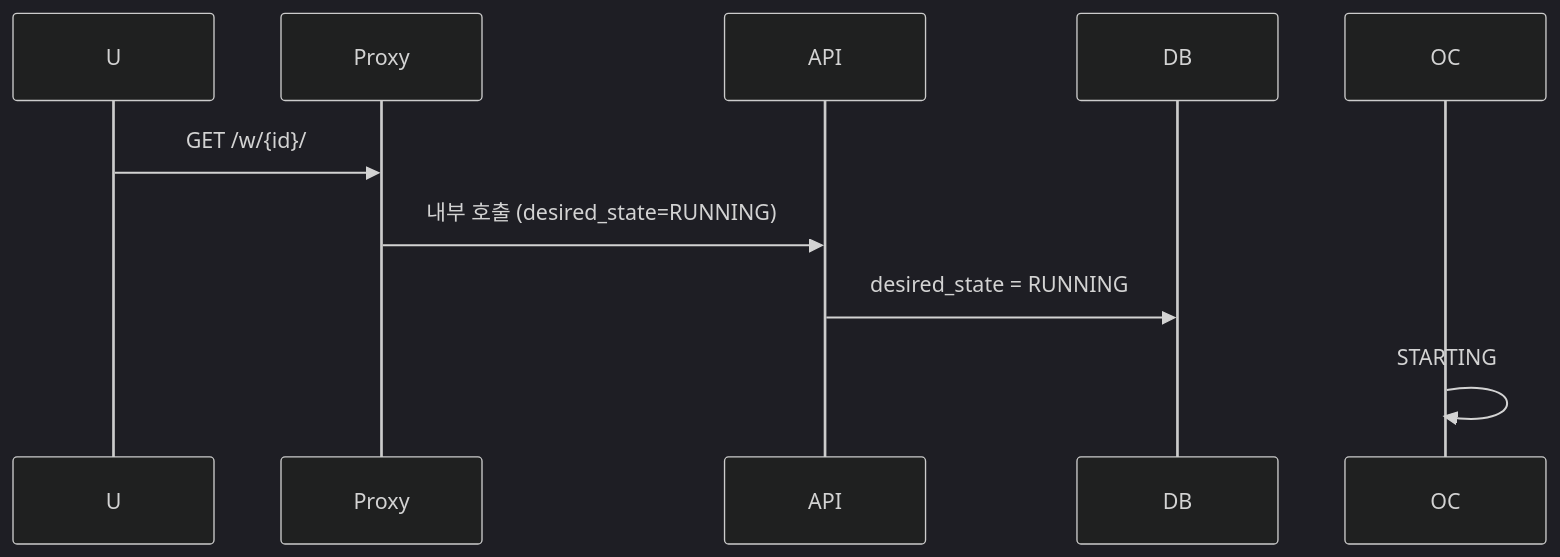
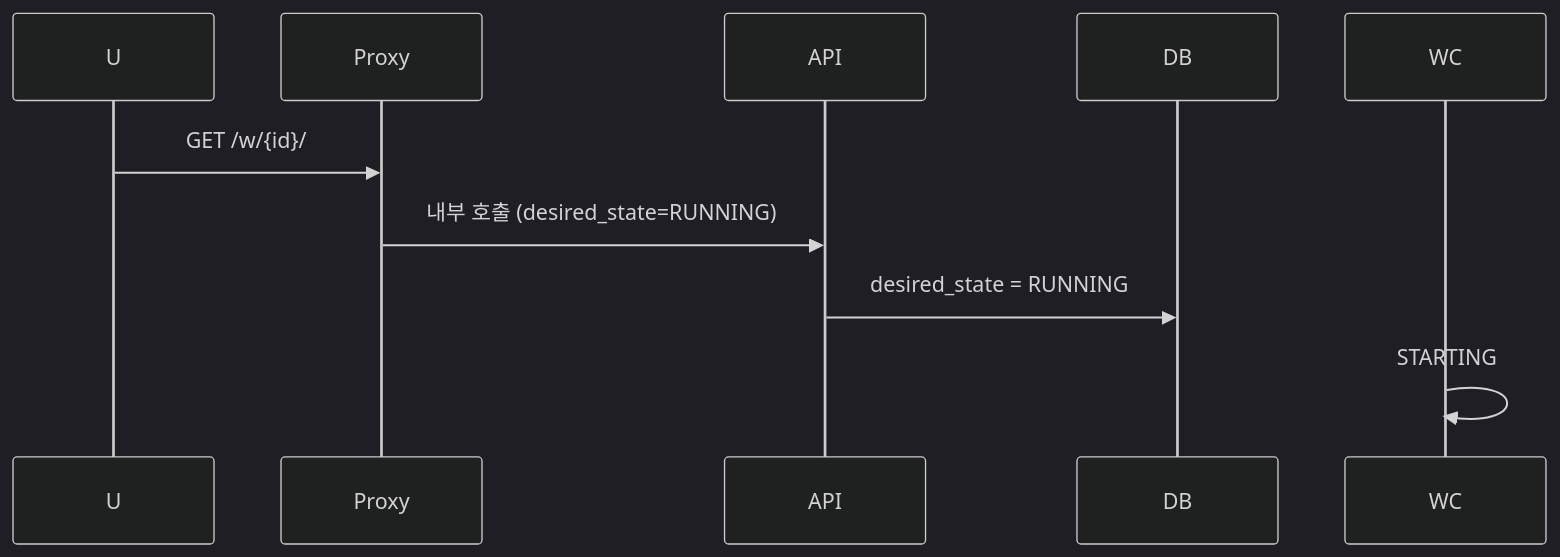
One commit to cagojeiger/code-hub changed the fifth of 7 diagrams in docs/spec_v2/02-states.md. Above: the diagram before and after it, drawn with Mermaid (dark theme). The commit also changed other lines of this file and 6 other files, not shown here.

````diff
--- a/docs/spec_v2/02-states.md
+++ b/docs/spec_v2/02-states.md
@@ -349,7 +352,7 @@
 ```mermaid
 sequenceDiagram
     U->>Proxy: GET /w/{id}/
     Proxy->>API: 내부 호출 (desired_state=RUNNING)
     API->>DB: desired_state = RUNNING
-    OC->>OC: STARTING
+    WC->>WC: STARTING
 ```
````
